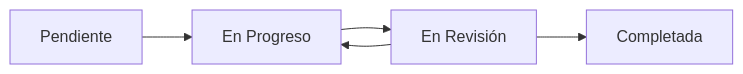
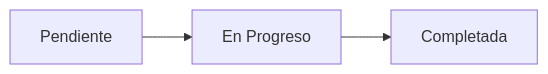
One commit to jualas/proyecto_flutter_supabase changed the diagram in frontend/assets/help/student_guide_es.md. Above: the diagram before and after it, drawn with Mermaid. The commit also changed other lines of this file and 20 other files, not shown here.

````diff
--- a/frontend/assets/help/student_guide_es.md
+++ b/frontend/assets/help/student_guide_es.md
@@ -85,7 +85,5 @@
 ```mermaid
 graph LR
     A[Pendiente] --> B[En Progreso]
-    B --> C[En Revisión]
-    C --> D[Completada]
-    C --> B
+    B --> D[Completada]
 ```
````
